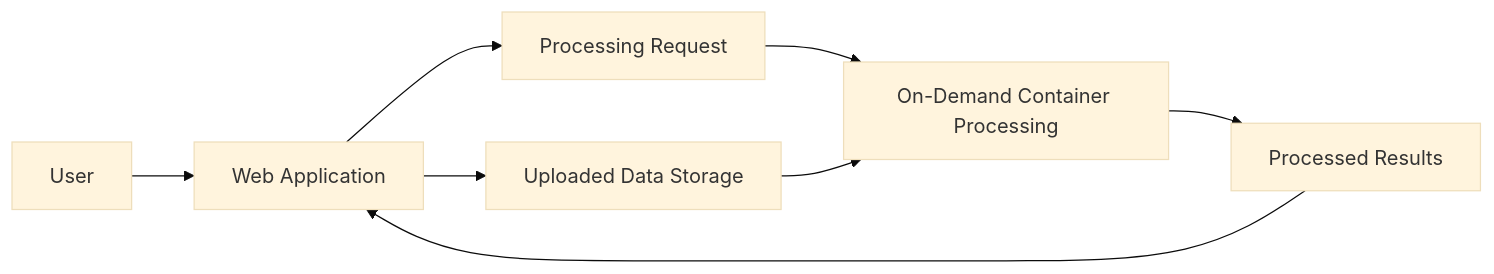
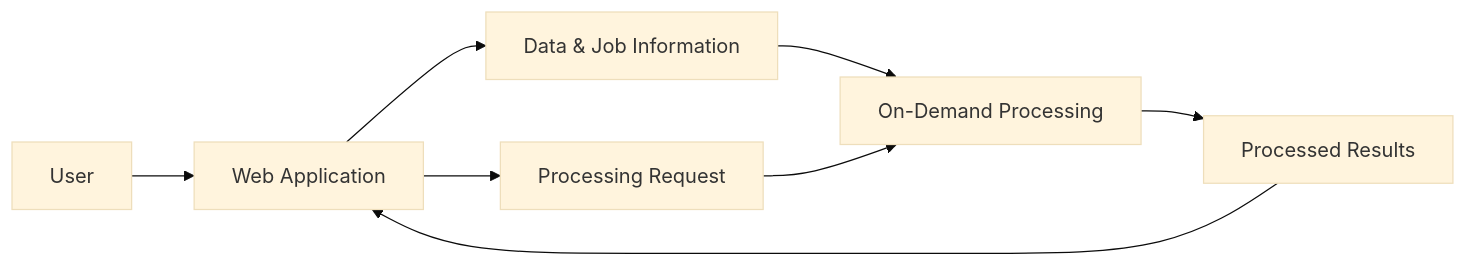
One commit to shaiqur/shaiqur changed the diagram in projects/soilserdem.md. Above: the diagram before and after it, drawn with Mermaid (base theme). The commit also changed other lines of this file, not shown here.

````diff
--- a/projects/soilserdem.md
+++ b/projects/soilserdem.md
@@ -642,16 +146,10 @@
 ```mermaid
 flowchart LR
     U[User] --> A[Web Application]
-
-    A --> S[Uploaded Data Storage]
-
-    A --> J[Processing Request]
-
-    J --> C[On-Demand Container Processing]
-
-    S --> C
-
+    A --> D[Data & Job Information]
+    A --> P[Processing Request]
+    D --> C[On-Demand Processing]
+    P --> C
     C --> R[Processed Results]
-
     R --> A
 ```
````
